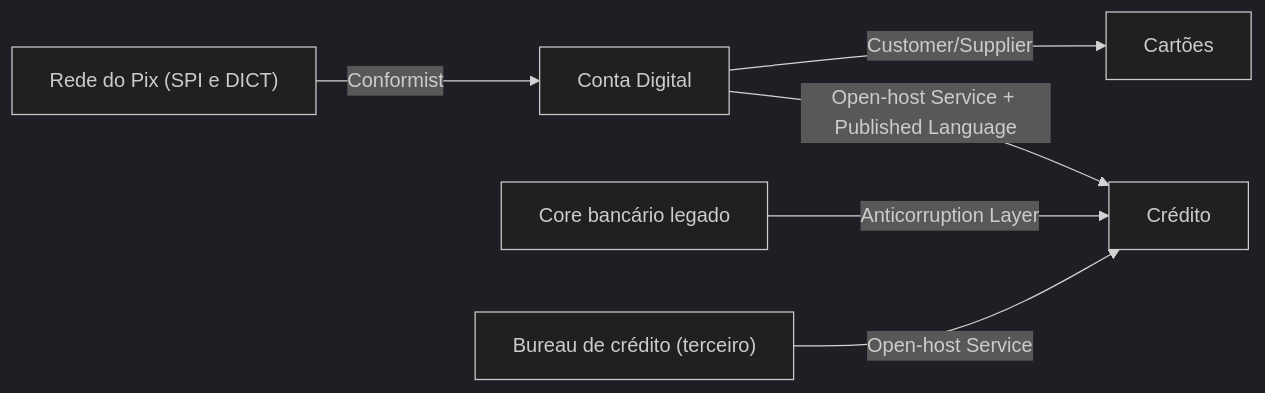
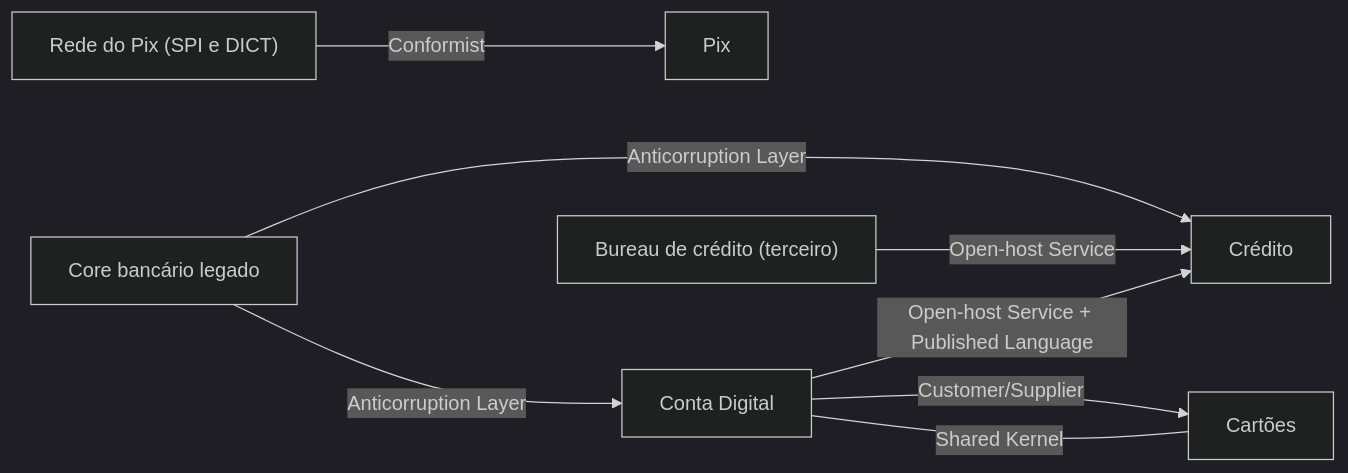
Before and after one commit to alancesar/design-patterns: the diagram in docs/design/ddd/context-mapping/context-map.md, drawn with Mermaid (dark theme). The commit also changed other lines of this file and 18 other files, not shown here.

````diff
--- a/docs/design/ddd/context-mapping/context-map.md
+++ b/docs/design/ddd/context-mapping/context-map.md
@@ -55,8 +55,10 @@
 ```mermaid
 flowchart LR
     CD["Conta Digital"] -->|"Open-host Service + Published Language"| CR["Crédito"]
     CD -->|"Customer/Supplier"| CA["Cartões"]
-    RP["Rede do Pix (SPI e DICT)"] -->|"Conformist"| CD
+    CD ---|"Shared Kernel"| CA
+    RP["Rede do Pix (SPI e DICT)"] -->|"Conformist"| PX["Pix"]
     L["Core bancário legado"] -->|"Anticorruption Layer"| CR
+    L -->|"Anticorruption Layer"| CD
     BU["Bureau de crédito (terceiro)"] -->|"Open-host Service"| CR
 ```
````
